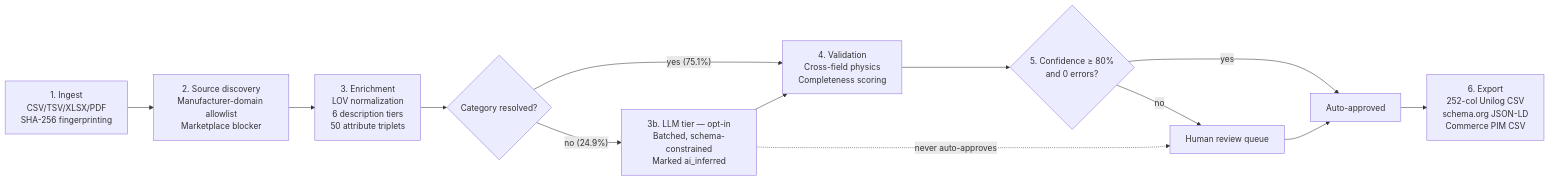
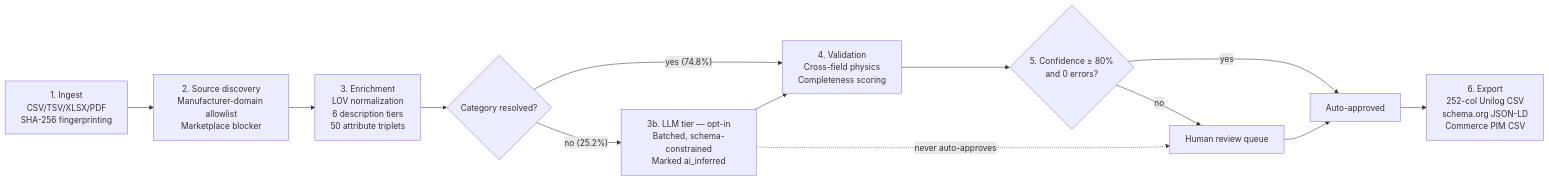
The diagram in README.md (Yashasm18/specledger), drawn with Mermaid before and after one commit. The commit also changed other lines of this file, not shown here.

First line of the commit message:
Update the category resolution figure to 74.8%

````diff
--- a/README.md
+++ b/README.md
@@ -94,15 +94,15 @@
 ```mermaid
 flowchart LR
     A["1. Ingest\nCSV/TSV/XLSX/PDF\nSHA-256 fingerprinting"] --> B["2. Source discovery\nManufacturer-domain allowlist\nMarketplace blocker"]
     B --> C["3. Enrichment\nLOV normalization\n6 description tiers\n50 attribute triplets"]
     C --> D{"Category resolved?"}
-    D -- "yes (75.1%)" --> E["4. Validation\nCross-field physics\nCompleteness scoring"]
-    D -- "no (24.9%)" --> L["3b. LLM tier — opt-in\nBatched, schema-constrained\nMarked ai_inferred"]
+    D -- "yes (74.8%)" --> E["4. Validation\nCross-field physics\nCompleteness scoring"]
+    D -- "no (25.2%)" --> L["3b. LLM tier — opt-in\nBatched, schema-constrained\nMarked ai_inferred"]
     L --> E
     E --> F{"5. Confidence ≥ 80%\nand 0 errors?"}
     F -- yes --> G["Auto-approved"]
     F -- no --> H["Human review queue"]
     L -.->|"never auto-approves"| H
     H --> G
     G --> I["6. Export\n252-col Unilog CSV\nschema.org JSON-LD\nCommerce PIM CSV"]
 ```
````
